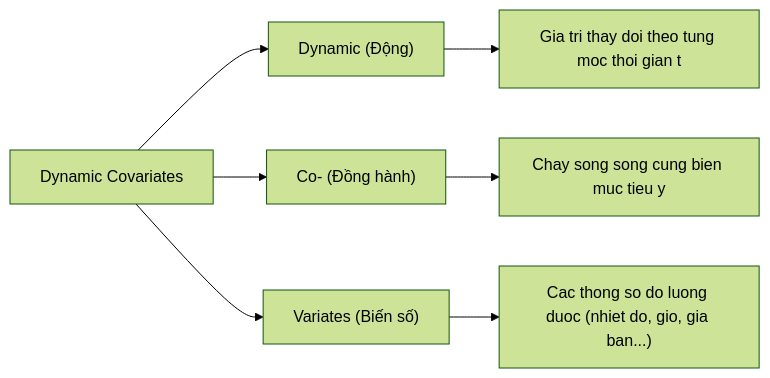
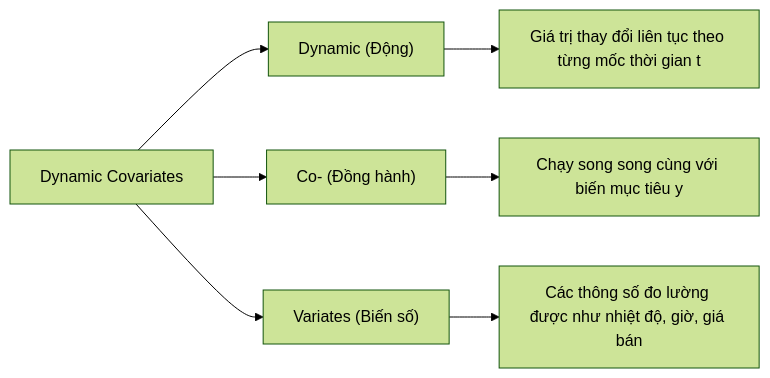
One commit to snowflake-vibing/Project-Experimental-TiDE changed the second of 3 diagrams in glossary/dynamic_covariates.md. Above: the diagram before and after it, drawn with Mermaid (forest theme). The commit also changed other lines of this file and 4 other files, not shown here.

Commit message:
docs: add glossary/RULE.md, ensure 100% accented Vietnamese in all Mermaid diagrams and Feynman glossary

````diff
--- a/glossary/dynamic_covariates.md
+++ b/glossary/dynamic_covariates.md
@@ -50,11 +50,11 @@
 ```mermaid
 flowchart LR
     Term["Dynamic Covariates"]
     Term --> P1["Dynamic (Động)"]
     Term --> P2["Co- (Đồng hành)"]
     Term --> P3["Variates (Biến số)"]
 
-    P1 --> D1["Gia tri thay doi theo tung moc thoi gian t"]
-    P2 --> D2["Chay song song cung bien muc tieu y"]
-    P3 --> D3["Cac thong so do luong duoc (nhiet do, gio, gia ban...)"]
+    P1 --> D1["Giá trị thay đổi liên tục theo từng mốc thời gian t"]
+    P2 --> D2["Chạy song song cùng với biến mục tiêu y"]
+    P3 --> D3["Các thông số đo lường được như nhiệt độ, giờ, giá bán"]
 ```
````
